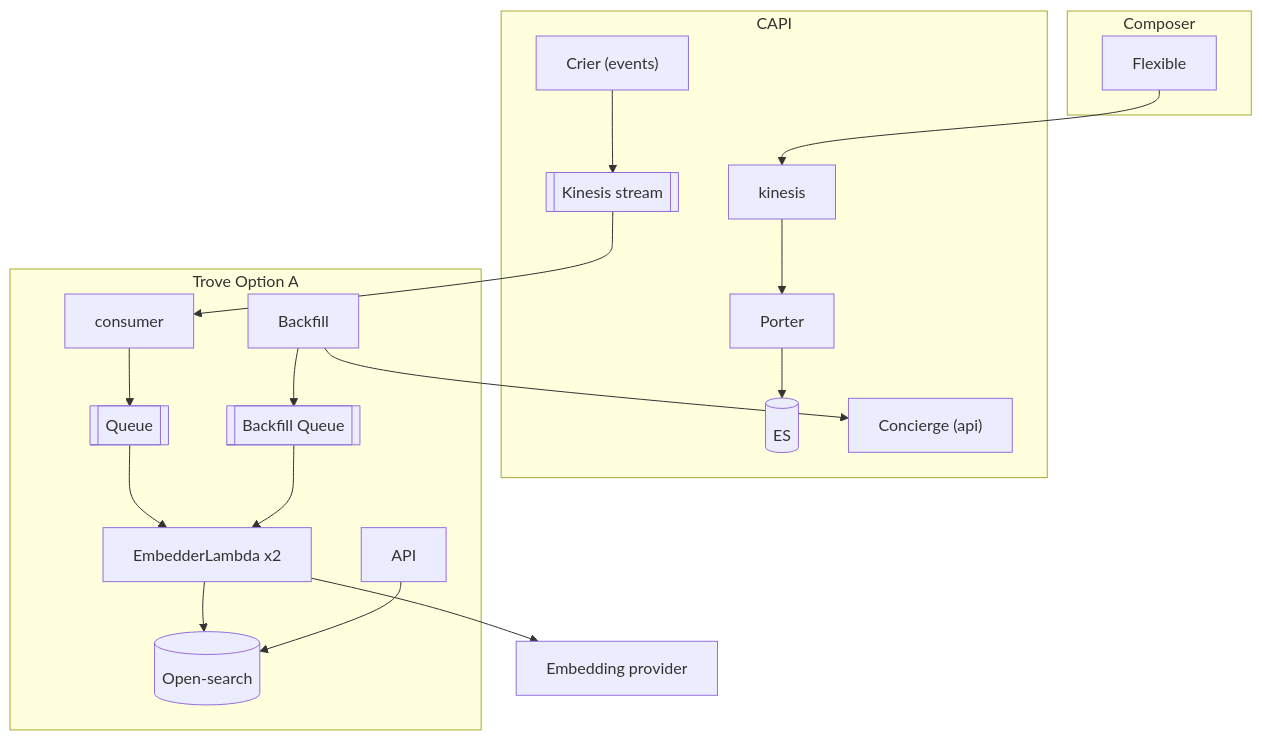
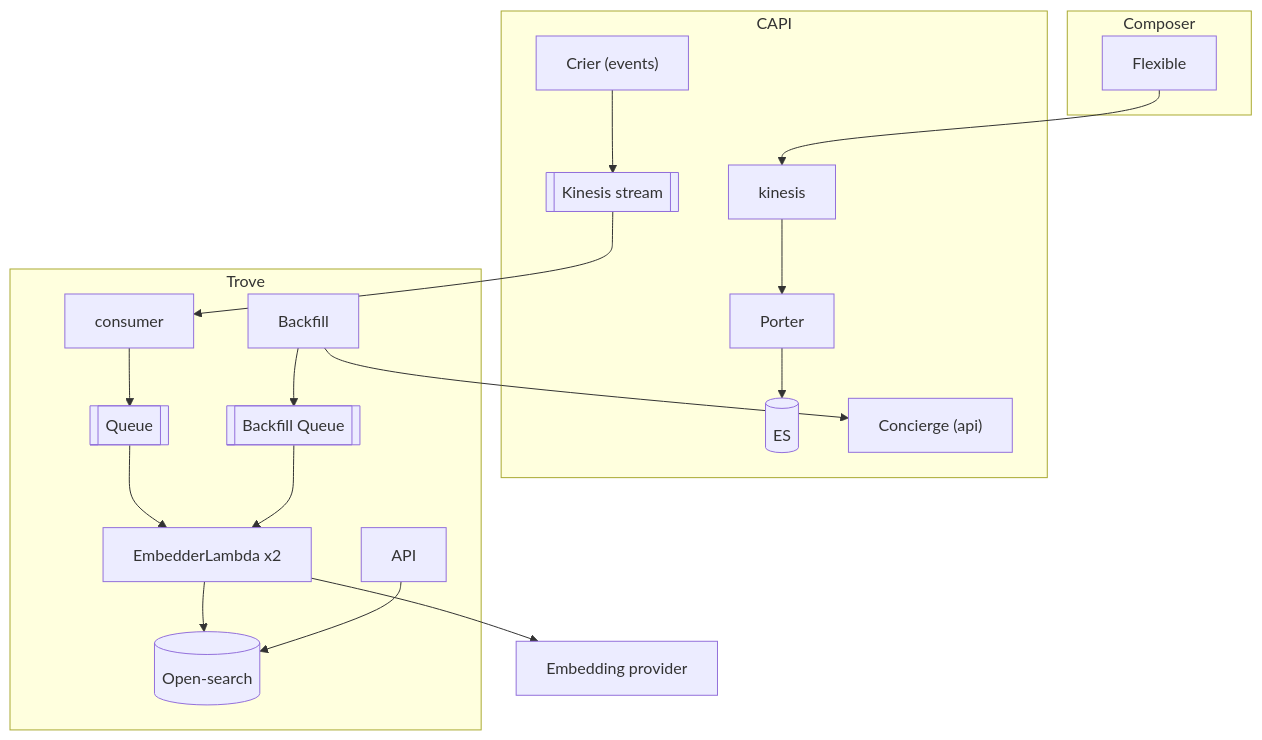
Before and after one commit to guardian/trove: the diagram in docs/architecture.md, drawn with Mermaid.

Commit message:
Rename Trove subgraph in architecture diagram

````diff
--- a/docs/architecture.md
+++ b/docs/architecture.md
@@ -5,44 +5,44 @@
 ```mermaid
 flowchart TD
     subgraph Composer
         Flexible
     end
 
     subgraph CAPI
         CapiKinesis[kinesis]
         Porter
         ES[(ES)]
         Concierge["Concierge (api)"]
         Crier["Crier (events)"]
         CrierStream[[Kinesis stream]]
     end
 
-    subgraph Trove["Trove Option A"]
+    subgraph Trove["Trove"]
         Backfill
         BackfillQueue[[Backfill Queue]]
         Consumer[consumer]
         Queue[[Queue]]
         Embedder["EmbedderLambda x2"]
         OpenSearch[(Open-search)]
         API
     end
 
     EmbeddingProvider[Embedding provider]
 
     Flexible --> CapiKinesis
     CapiKinesis --> Porter
     Porter --> ES
 
     Crier --> CrierStream
     CrierStream --> Consumer
     Consumer --> Queue
     Queue --> Embedder
 
     Backfill --> Concierge
     Backfill --> BackfillQueue
     BackfillQueue --> Embedder
 
     Embedder --> EmbeddingProvider
     Embedder --> OpenSearch
     API --> OpenSearch
 ```
````
